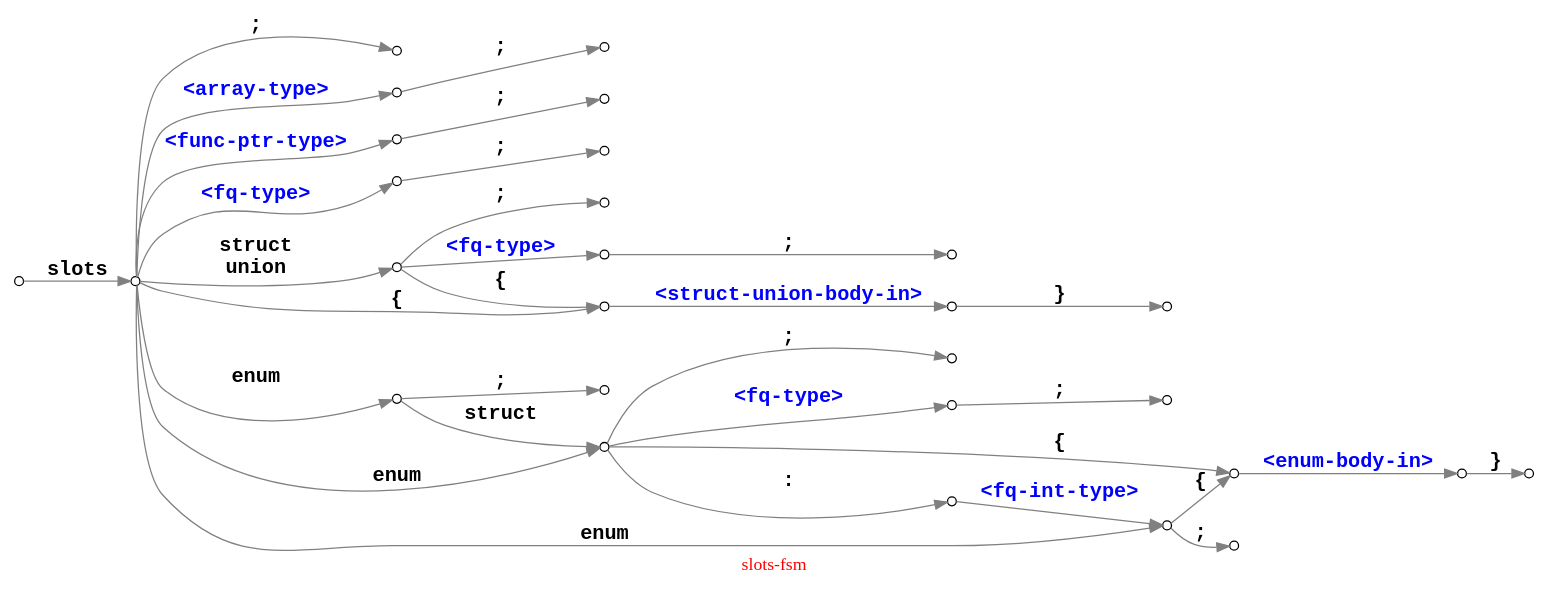
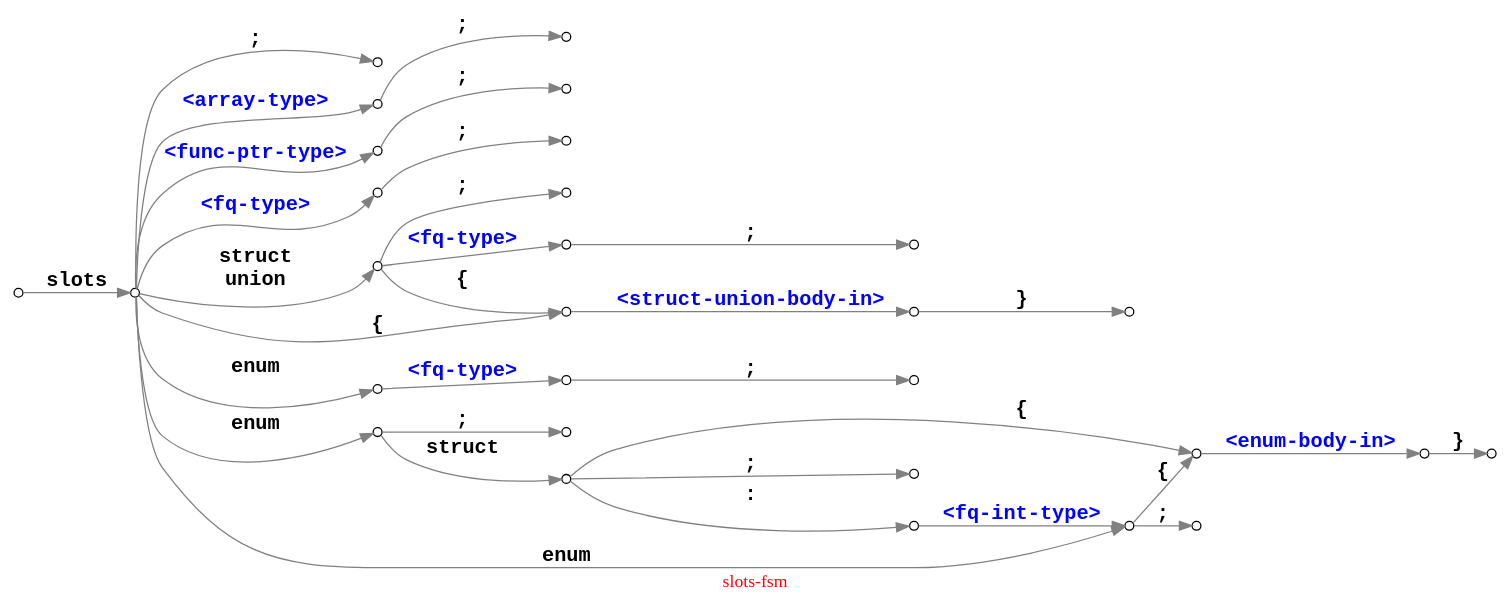
The diagram in slots-fsm.dot (Ayyzee/dakota), drawn with Graphviz before and after one commit.

Commit message:
Removed incorrect edge for 'slots enum struct <> ;'

```diff
--- a/slots-fsm.dot
+++ b/slots-fsm.dot
@@ -1,72 +1,71 @@
 // -*- mode: c++ -*-
 
-// slots                  ;        =>  struct      slots-t                          ;
-// slots               <> ;        =>  typealias   slots-t =             <>         ;
-// slots                  { ... }  =>  struct      slots-t                          { ... }
+// slots             <>      ;        =>  typealias   slots-t =        <>         ;
+// slots                     ;        =>  struct      slots-t                     ;
+// slots                     { ... }  =>  struct      slots-t                     { ... }
 
-// slots struct           ;        =>  struct      slots-t                          ;
-// slots struct        <> ;        =>  typealias   slots-t = struct      <>         ;
-// slots struct           { ... }  =>  struct      slots-t                          { ... }
+// slots struct      <>      ;        =>  typealias   slots-t = struct <>         ;
+// slots struct              ;        =>  struct      slots-t                     ;
+// slots struct              { ... }  =>  struct      slots-t                     { ... }
 
-// slots union            ;        =>  union       slots-t                          ;
-// slots union         <> ;        =>  typealias   slots-t = union       <>         ;
-// slots union            { ... }  =>  union       slots-t                          { ... }
+// slots union       <>      ;        =>  typealias   slots-t = union  <>         ;
+// slots union               ;        =>  union       slots-t                     ;
+// slots union               { ... }  =>  union       slots-t                     { ... }
 
-// slots enum             ;        =>  enum        slots-t                  : int-t ;
-// slots enum          <> ;        =>  typealias   slots-t = enum        <> : int-t ;
-// slots enum             { ... }  =>  enum        slots-t                  : int-t { ... }
+// slots enum        <>      ;        =>  typealias   slots-t = enum   <>         ;
+// slots enum                ;        =>  enum        slots-t             : int-t ;
+// slots enum                { ... }  =>  enum        slots-t             : int-t { ... }
 //
-// slots enum        : <> ;        =>  enum        slots-t                  : <>    ;
-// slots enum        : <> { ... }  =>  enum        slots-t                  : <>    { ... }
+// slots enum           : <> ;        =>  enum        slots-t             : <>    ;
+// slots enum           : <> { ... }  =>  enum        slots-t             : <>    { ... }
 
-// slots enum struct      ;        =>  enum struct slots-t                  : int-t ;
-// slots enum struct   <> ;        =>  typealias   slots-t = enum struct <> : int-t ;
-// slots enum struct      { ... }  =>  enum struct slots-t                  : int-t { ... }
+// slots enum struct         ;        =>  enum struct slots-t             : int-t ;
+// slots enum struct         { ... }  =>  enum struct slots-t             : int-t { ... }
 //
-// slots enum struct : <> ;        =>  enum struct slots-t                  : <>    ;
-// slots enum struct : <> { ... }  =>  enum struct slots-t                  : <>    { ... }
+// slots enum struct    : <> ;        =>  enum struct slots-t             : <>    ;
+// slots enum struct    : <> { ... }  =>  enum struct slots-t             : <>    { ... }
 
-// slots <array-type>     ;        =>  typealias   slots-t = <array-type>           ;
-// slots <func-ptr-type>  ;        =>  typealias   slots-t = <func-ptr-type>        ;
+// slots <array-type>        ;        =>  typealias   slots-t = <array-type>      ;
+// slots <func-ptr-type>     ;        =>  typealias   slots-t = <func-ptr-type>   ;
 
 digraph "slots-fsm" {
   graph [ rankdir = LR, label = "\G", fontcolor = red ];
   edge [ fontsize = 16, fontname = "courier-bold", color = grey ];
   node [ shape = circle, fontsize = 12, width = 0.3, fixedsize = true ];
   node [ label = "", width = 0.1 ];
 
   000 -> 010 [ label = "slots" ];
 
   010 -> 015 [ label = ";" ];
   010 -> 141 [ label = "<array-type>", fontcolor = blue ];
   010 -> 142 [ label = "<func-ptr-type>", fontcolor = blue ];
   010 -> 140 [ label = "<fq-type>", fontcolor = blue ];
   140 -> 145 [ label = ";" ];
   141 -> 146 [ label = ";" ];
   142 -> 147 [ label = ";" ];
 
   010 -> 100 [ label = "struct\nunion" ];
   010 -> 110 [ label = "{" ];
   100 -> 110 [ label = "{" ];
   100 -> 105 [ label = ";" ];
   100 -> 150 [ label = "<fq-type>", fontcolor = blue ];
   150 -> 160 [ label = ";" ];
   110 -> 120 [ label = "<struct-union-body-in>", fontcolor = blue ];
   120 -> 130 [ label = "}" ];
 
+  010 -> 031 [ label = "enum" ];
+  031 -> 170 [ label = "<fq-type>", fontcolor = blue ];
+  170 -> 180 [ label = ";" ];
+  030 -> 035 [ label = ";" ];
   010 -> 020 [ label = "enum" ];
-  010 -> 030 [ label = "enum" ];
   010 -> 050 [ label = "enum" ];
   020 -> 030 [ label = "struct" ];
   020 -> 025 [ label = ";" ];
   030 -> 040 [ label = ":" ];
-  030 -> 035 [ label = ";" ];
-  030 -> 170 [ label = "<fq-type>", fontcolor = blue ];
-  170 -> 180 [ label = ";" ];
   030 -> 060 [ label = "{" ];
   040 -> 050 [ label = "<fq-int-type>", fontcolor = blue ];
   050 -> 060 [ label = "{" ];
   050 -> 055 [ label = ";" ];
   060 -> 070 [ label = "<enum-body-in>", fontcolor = blue ];
   070 -> 080 [ label = "}" ];
 }
```
